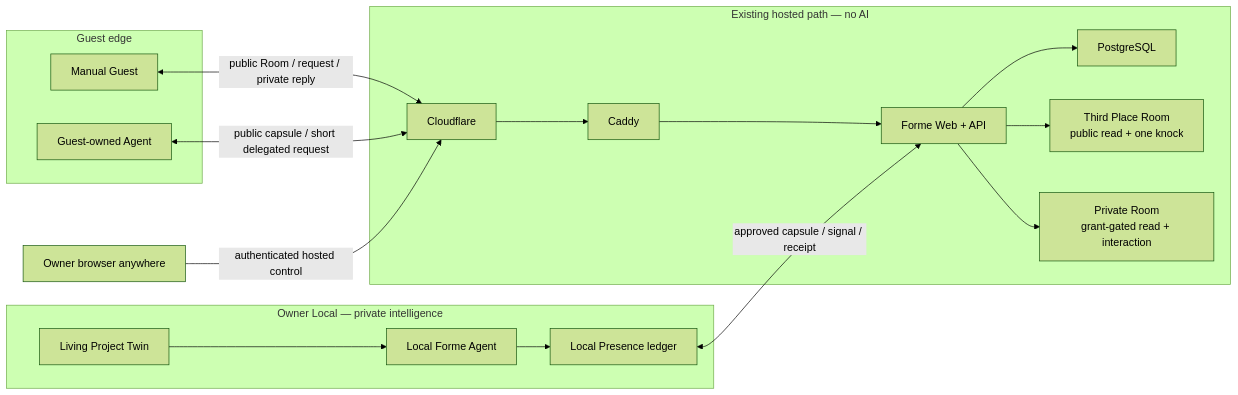
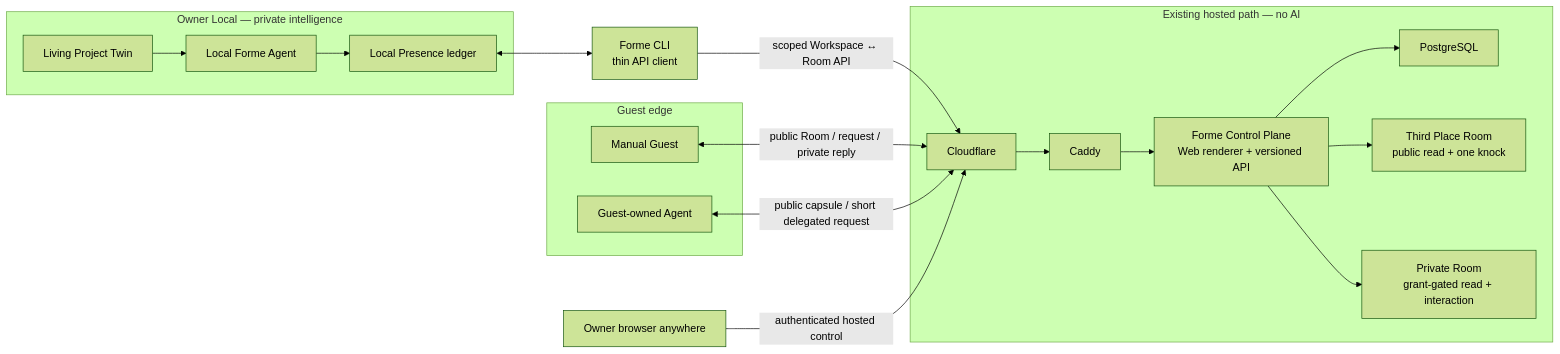
Before and after one commit to formehq/forme: the first of 2 diagrams in docs/R4-TECHNICAL-OWNER-REVIEW.md, drawn with Mermaid (forest theme). The commit also changed other lines of this file and 4 other files, not shown here.

Commit message:
Clarify R4 API-first Room control

````diff
--- a/docs/R4-TECHNICAL-OWNER-REVIEW.md
+++ b/docs/R4-TECHNICAL-OWNER-REVIEW.md
@@ -72,31 +78,33 @@
 ```mermaid
 flowchart LR
     subgraph Local["Owner Local — private intelligence"]
         Twin["Living Project Twin"]
         Agent["Local Forme Agent"]
         Presence["Local Presence ledger"]
         Twin --> Agent --> Presence
     end
 
     subgraph Hosted["Existing hosted path — no AI"]
         Edge["Cloudflare"]
         Proxy["Caddy"]
-        App["Forme Web + API"]
+        App["Forme Control Plane<br/>Web renderer + versioned API"]
         DB["PostgreSQL"]
         PublicRoom["Third Place Room<br/>public read + one knock"]
         PrivateRoom["Private Room<br/>grant-gated read + interaction"]
         Edge --> Proxy --> App --> DB
         App --> PublicRoom
         App --> PrivateRoom
     end
 
     subgraph Guest["Guest edge"]
         Manual["Manual Guest"]
         GuestAgent["Guest-owned Agent"]
     end
 
-    Presence <-->|"approved capsule / signal / receipt"| App
+    CLI["Forme CLI<br/>thin API client"]
+    Presence <--> CLI
+    CLI -->|"scoped Workspace ↔ Room API"| Edge
     Manual <-->|"public Room / request / private reply"| Edge
     GuestAgent <-->|"public capsule / short delegated request"| Edge
     OwnerWeb["Owner browser anywhere"] -->|"authenticated hosted control"| Edge
 ```
````
